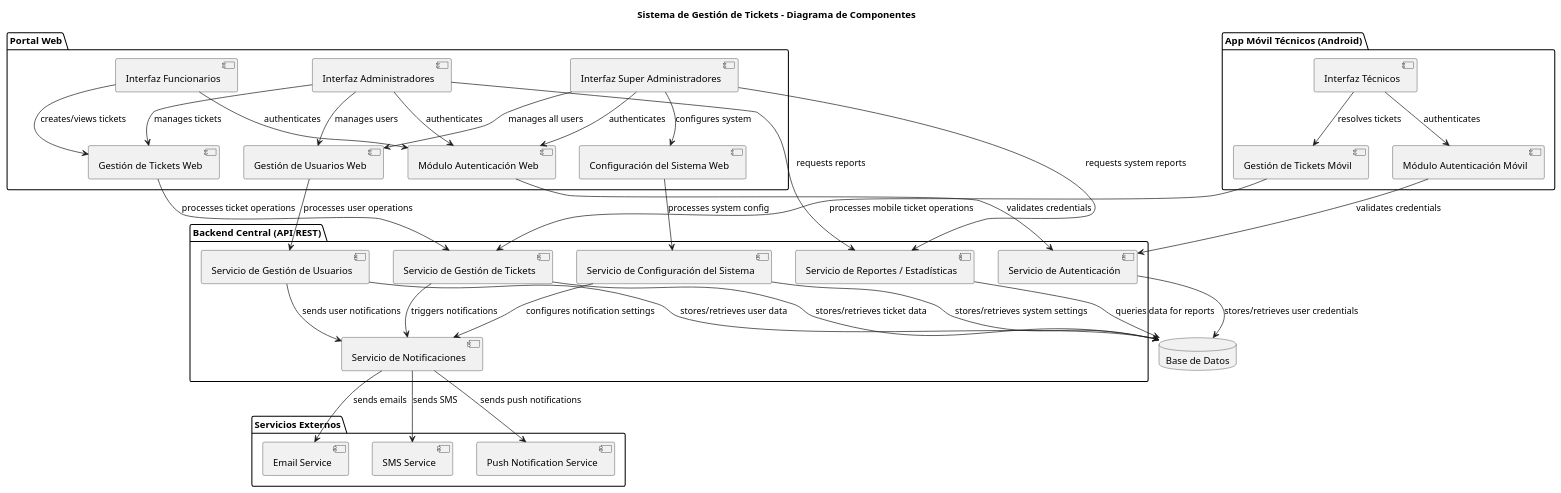
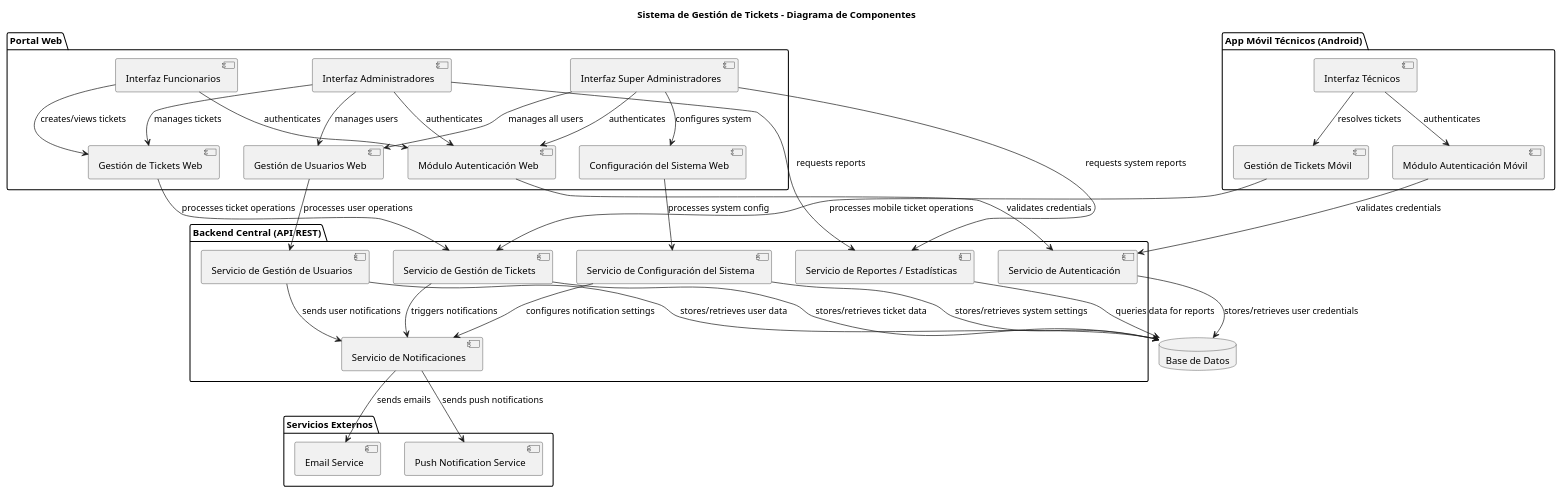
The diagram in architecture/component/component.wsd (Samuelpaloma/alcaldia), drawn with PlantUML before and after one commit. The commit also changed 6 other files, not shown here.

Commit message:
fix(diagrams): correct incorrect flow in activity diagram

```diff
--- a/architecture/component/component.wsd
+++ b/architecture/component/component.wsd
@@ -1,85 +1,83 @@
 @startuml
 title Sistema de Gestión de Tickets - Diagrama de Componentes
 
 ' === Portal Web ===
 package "Portal Web" {
   [Interfaz Funcionarios]
   [Interfaz Administradores]
   [Interfaz Super Administradores]
   [Módulo Autenticación Web]
   [Gestión de Tickets Web]
   [Gestión de Usuarios Web]
   [Configuración del Sistema Web]
 }
 
 ' === Aplicación Móvil Android ===
 package "App Móvil Técnicos (Android)" {
   [Interfaz Técnicos]
   [Módulo Autenticación Móvil]
   [Gestión de Tickets Móvil]
 }
 
 ' === Backend / API REST Central ===
 package "Backend Central (API REST)" {
   [Servicio de Autenticación]
   [Servicio de Gestión de Usuarios]
   [Servicio de Gestión de Tickets]
   [Servicio de Notificaciones]
   [Servicio de Reportes / Estadísticas]
   [Servicio de Configuración del Sistema]
 }
 
 ' === Servicios Externos ===
 package "Servicios Externos" {
   [Email Service]
-  [SMS Service]
   [Push Notification Service]
 }
 
 ' === Base de Datos ===
 database "Base de Datos" as DB
 
 ' === Relaciones de Autenticación ===
 [Interfaz Funcionarios] --> [Módulo Autenticación Web] : authenticates
 [Interfaz Administradores] --> [Módulo Autenticación Web] : authenticates
 [Interfaz Super Administradores] --> [Módulo Autenticación Web] : authenticates
 [Interfaz Técnicos] --> [Módulo Autenticación Móvil] : authenticates
 
 [Módulo Autenticación Web] --> [Servicio de Autenticación] : validates credentials
 [Módulo Autenticación Móvil] --> [Servicio de Autenticación] : validates credentials
 
 ' === Relaciones de Funcionalidades ===
 [Interfaz Funcionarios] --> [Gestión de Tickets Web] : creates/views tickets
 [Interfaz Administradores] --> [Gestión de Tickets Web] : manages tickets
 [Interfaz Administradores] --> [Gestión de Usuarios Web] : manages users
 [Interfaz Super Administradores] --> [Gestión de Usuarios Web] : manages all users
 [Interfaz Super Administradores] --> [Configuración del Sistema Web] : configures system
 [Interfaz Técnicos] --> [Gestión de Tickets Móvil] : resolves tickets
 
 [Gestión de Tickets Web] --> [Servicio de Gestión de Tickets] : processes ticket operations
 [Gestión de Tickets Móvil] --> [Servicio de Gestión de Tickets] : processes mobile ticket operations
 [Gestión de Usuarios Web] --> [Servicio de Gestión de Usuarios] : processes user operations
 [Configuración del Sistema Web] --> [Servicio de Configuración del Sistema] : processes system config
 
 ' === Relaciones con Base de Datos ===
 [Servicio de Autenticación] --> DB : stores/retrieves user credentials
 [Servicio de Gestión de Usuarios] --> DB : stores/retrieves user data
 [Servicio de Gestión de Tickets] --> DB : stores/retrieves ticket data
 [Servicio de Reportes / Estadísticas] --> DB : queries data for reports
 [Servicio de Configuración del Sistema] --> DB : stores/retrieves system settings
 
 ' === Relaciones entre Servicios ===
 [Servicio de Gestión de Tickets] --> [Servicio de Notificaciones] : triggers notifications
 [Servicio de Gestión de Usuarios] --> [Servicio de Notificaciones] : sends user notifications
 [Servicio de Configuración del Sistema] --> [Servicio de Notificaciones] : configures notification settings
 
 ' === Relaciones con Servicios Externos ===
 [Servicio de Notificaciones] --> [Email Service] : sends emails
-[Servicio de Notificaciones] --> [SMS Service] : sends SMS
 [Servicio de Notificaciones] --> [Push Notification Service] : sends push notifications
 
 ' === Relaciones de Reportes ===
 [Interfaz Administradores] --> [Servicio de Reportes / Estadísticas] : requests reports
 [Interfaz Super Administradores] --> [Servicio de Reportes / Estadísticas] : requests system reports
 
 @enduml
```
